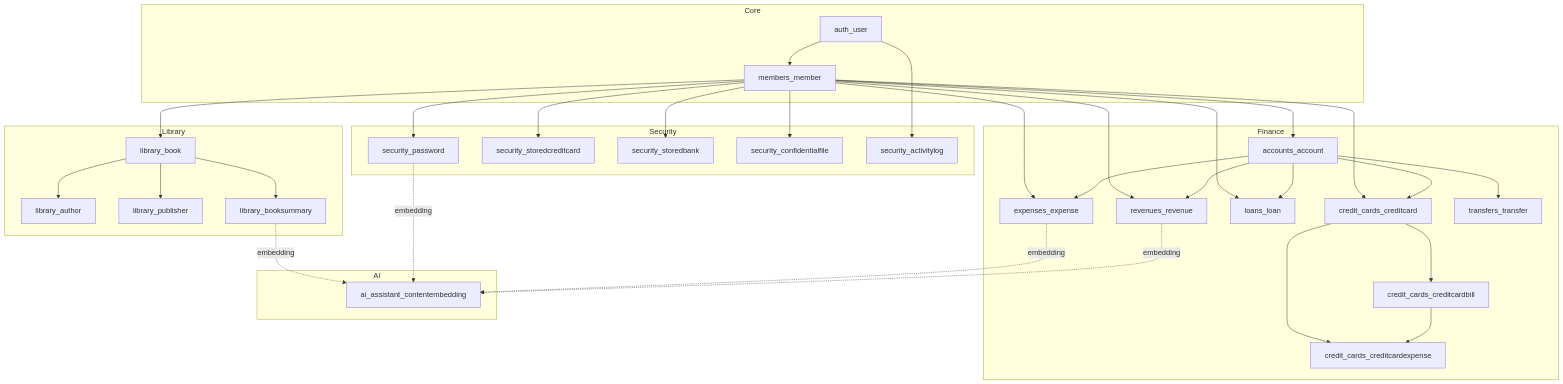
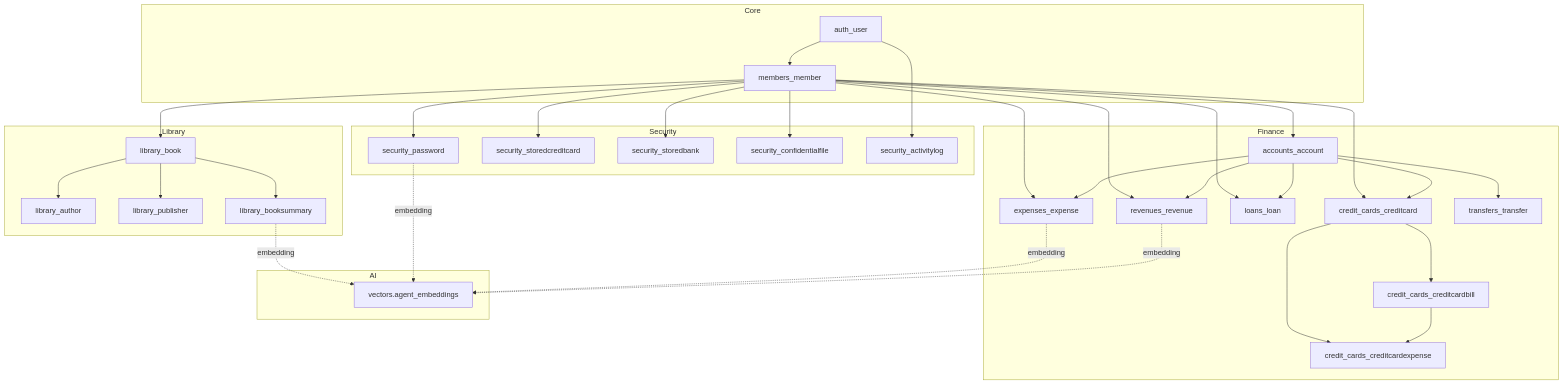
The diagram in documentation/database/README.md (tarcisioribeiro/Axiom), drawn with Mermaid before and after one commit. The commit also changed other lines of this file and 35 other files, not shown here.

````diff
--- a/documentation/database/README.md
+++ b/documentation/database/README.md
@@ -122,70 +123,70 @@
 ```mermaid
 graph TB
     subgraph "Core"
         User[auth_user]
         Member[members_member]
     end
 
     subgraph "Finance"
         Account[accounts_account]
         Expense[expenses_expense]
         Revenue[revenues_revenue]
         Loan[loans_loan]
         Card[credit_cards_creditcard]
         Bill[credit_cards_creditcardbill]
         CardExp[credit_cards_creditcardexpense]
         Transfer[transfers_transfer]
     end
 
     subgraph "Security"
         Password[security_password]
         StoredCard[security_storedcreditcard]
         StoredBank[security_storedbank]
         File[security_confidentialfile]
         Log[security_activitylog]
     end
 
     subgraph "Library"
         Book[library_book]
         Author[library_author]
         Publisher[library_publisher]
         Summary[library_booksummary]
     end
 
     subgraph "AI"
-        Embedding[ai_assistant_contentembedding]
+        Embedding["vectors.agent_embeddings"]
     end
 
     User --> Member
     Member --> Account
     Member --> Expense
     Member --> Revenue
     Member --> Loan
     Member --> Card
 
     Account --> Expense
     Account --> Revenue
     Account --> Loan
     Account --> Card
     Account --> Transfer
 
     Card --> Bill
     Card --> CardExp
     Bill --> CardExp
 
     Member --> Password
     Member --> StoredCard
     Member --> StoredBank
     Member --> File
     User --> Log
 
     Member --> Book
     Book --> Author
     Book --> Publisher
     Book --> Summary
 
     Expense -.embedding.-> Embedding
     Revenue -.embedding.-> Embedding
     Summary -.embedding.-> Embedding
     Password -.embedding.-> Embedding
 ```
````
